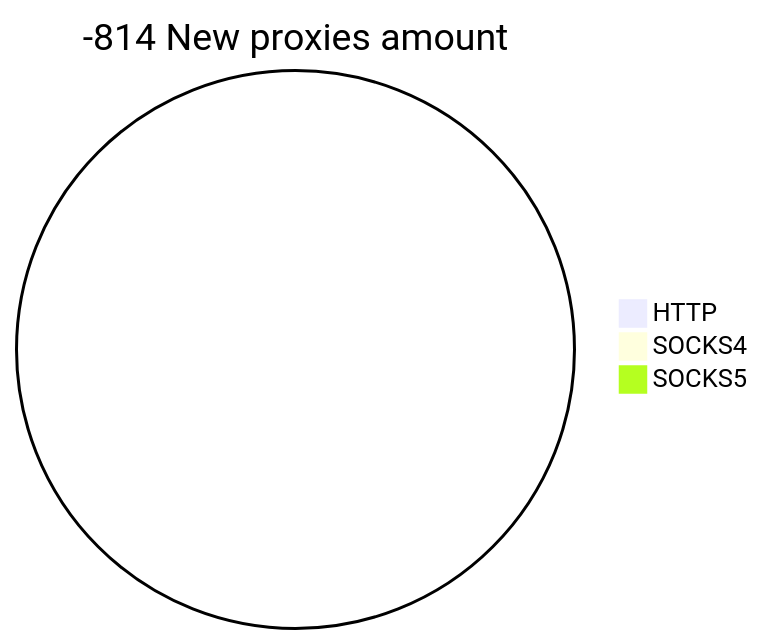
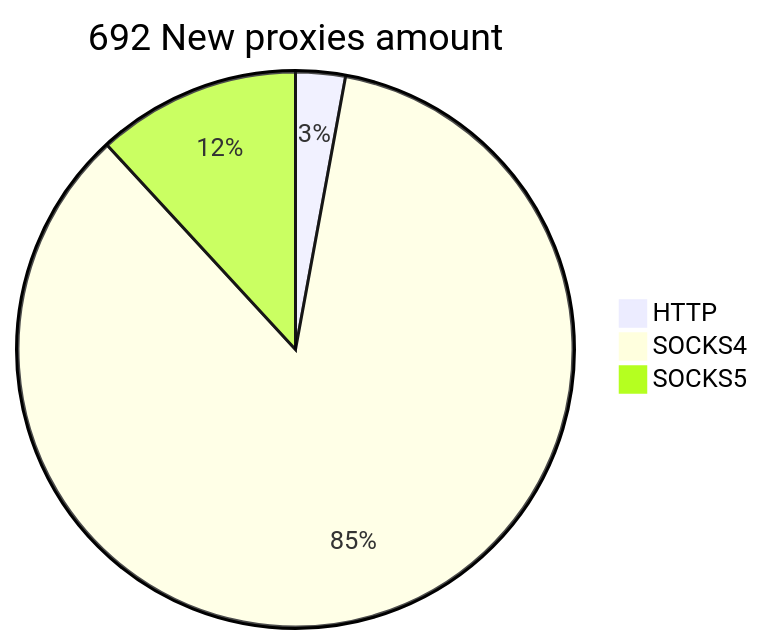
Before and after one commit to cutipu/proxylist: the second of 2 diagrams in README.md, drawn with Mermaid. The commit also changed other lines of this file, not shown here.

````diff
--- a/README.md
+++ b/README.md
@@ -10,6 +10,6 @@
 ```mermaid
-pie title -814 New proxies amount
-    "HTTP" : 0
-    "SOCKS4" : 0
-    "SOCKS5" : 0
+pie title 692 New proxies amount
+    "HTTP" : 20
+    "SOCKS4" : 590
+    "SOCKS5" : 82
 ```
````
